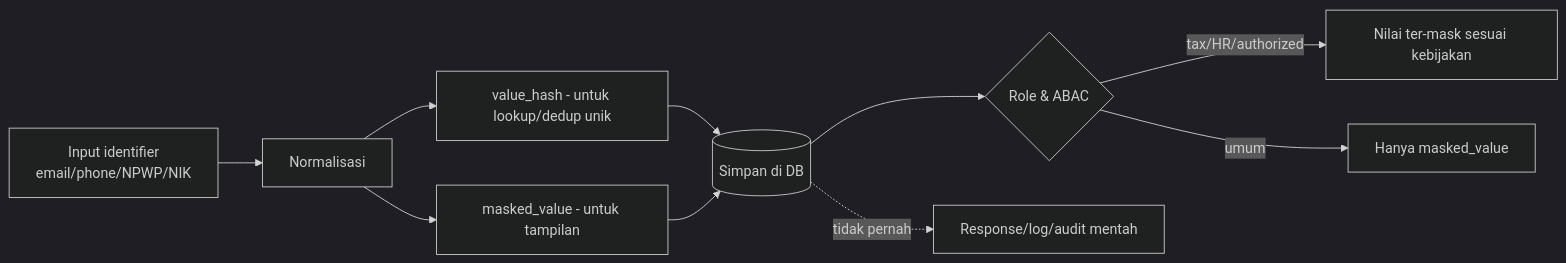
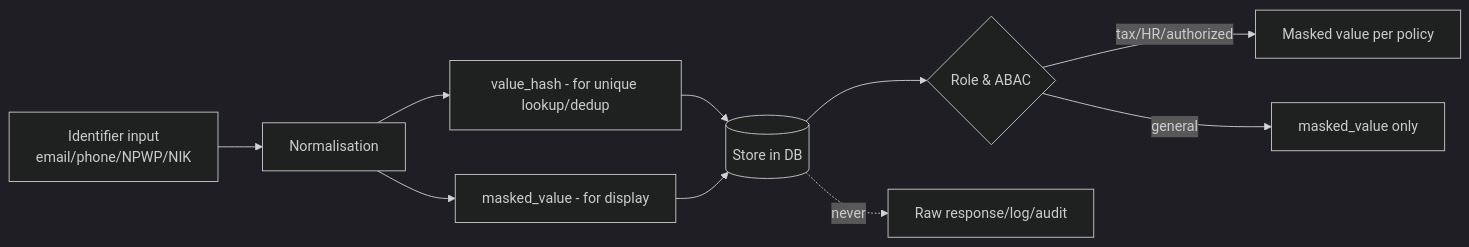
The second of 2 diagrams in docs/awcms/04_erd_data_dictionary.md (ahliweb/awcms), drawn with Mermaid (dark theme) before and after one commit. The commit also changed other lines of this file and 603 other files, not shown here.

````diff
--- a/docs/awcms/04_erd_data_dictionary.md
+++ b/docs/awcms/04_erd_data_dictionary.md
@@ -358,12 +360,12 @@
 ```mermaid
 flowchart LR
-  In[Input identifier<br/>email/phone/NPWP/NIK] --> Norm[Normalisasi]
-  Norm --> Hash[value_hash - untuk lookup/dedup unik]
-  Norm --> Mask[masked_value - untuk tampilan]
-  Hash --> Store[(Simpan di DB)]
+  In[Identifier input<br/>email/phone/NPWP/NIK] --> Norm[Normalisation]
+  Norm --> Hash[value_hash - for unique lookup/dedup]
+  Norm --> Mask[masked_value - for display]
+  Hash --> Store[(Store in DB)]
   Mask --> Store
   Store --> Access{Role & ABAC}
-  Access -->|tax/HR/authorized| Reveal[Nilai ter-mask sesuai kebijakan]
-  Access -->|umum| Masked[Hanya masked_value]
-  Store -. tidak pernah .-> Raw[Response/log/audit mentah]
+  Access -->|tax/HR/authorized| Reveal[Masked value per policy]
+  Access -->|general| Masked[masked_value only]
+  Store -. never .-> Raw[Raw response/log/audit]
 ```
````
